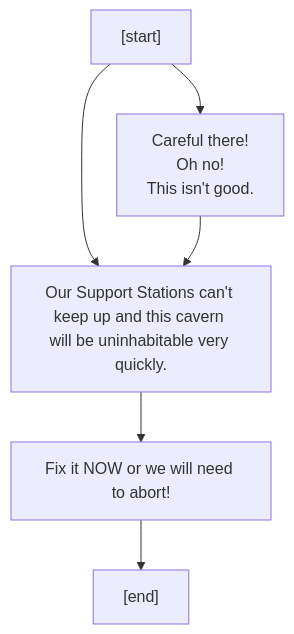
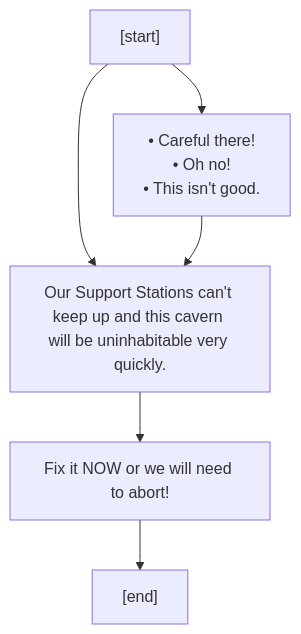
Diagram 11 of 14 in src/core/lore/graphs/events.md (charredUtensil/groundhog), drawn with Mermaid before and after one commit. The commit also changed other lines of this file and 7 other files, not shown here.

````diff
--- a/src/core/lore/graphs/events.md
+++ b/src/core/lore/graphs/events.md
@@ -279,13 +279,13 @@
 ```mermaid
 flowchart TD;
 P0["[start]"]
 P0 --> P1
 P0 --> P2
-P1["Careful there!<br/>Oh no!<br/>This isn't good."]
+P1["&bull; Careful there!<br/>&bull; Oh no!<br/>&bull; This isn't good."]
 P1 --> P2
 P2["Our Support Stations can't keep up and this cavern will be uninhabitable very quickly."]
 P2 --> P3
 P3["Fix it NOW or we will need to abort!"]
 P3 --> P4
 P4["[end]"]
 ```
````
